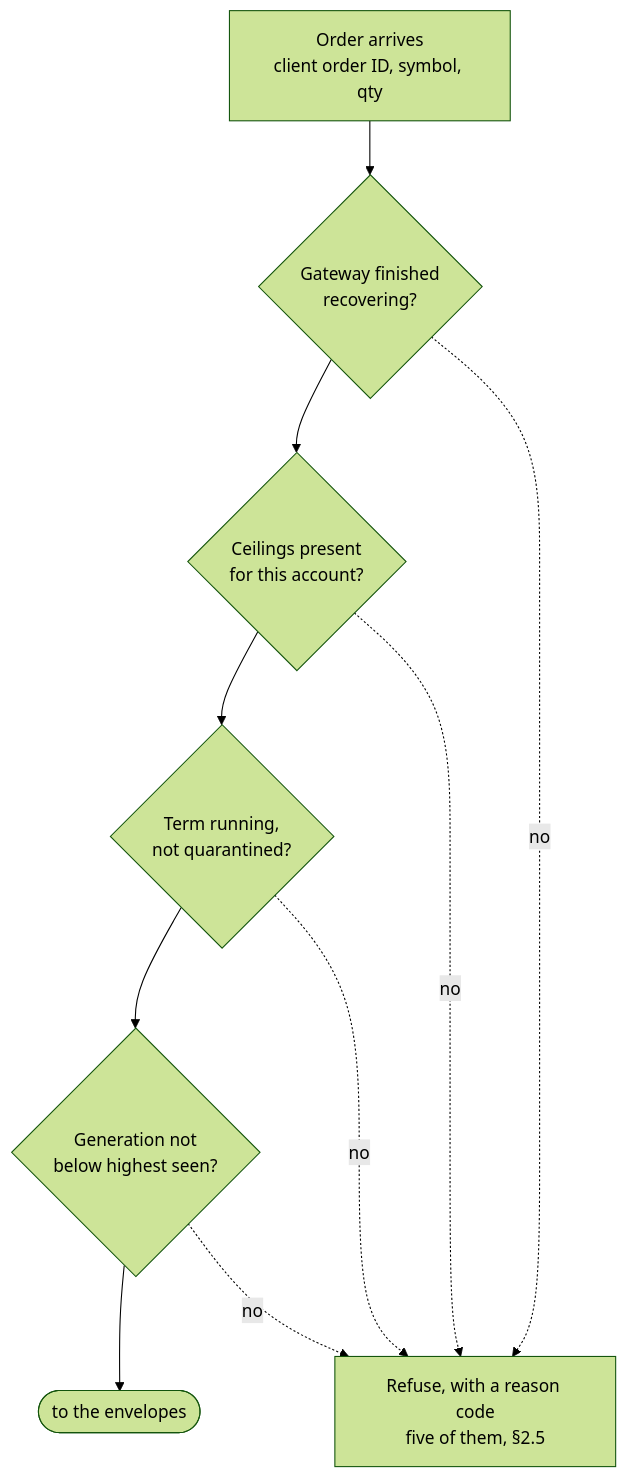
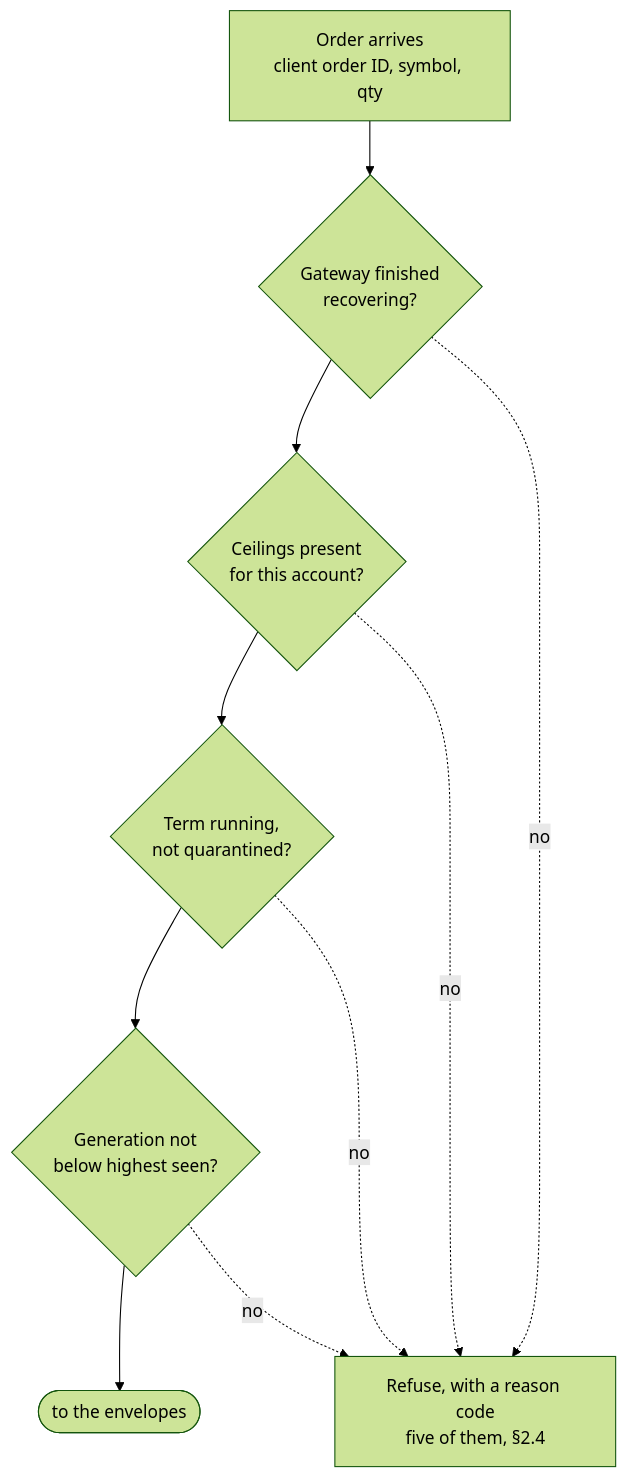
Before and after one commit to liukefan821/marginstream: the second of 6 diagrams in paper/diagrams.md, drawn with Mermaid (forest theme). The commit also changed other lines of this file and 33 other files, not shown here.

````diff
--- a/paper/diagrams.md
+++ b/paper/diagrams.md
@@ -83,12 +83,12 @@
 ```mermaid
 flowchart TD
   O[Order arrives<br/>client order ID, symbol, qty] --> F0{Gateway finished<br/>recovering?}
   F0 --> F1{Ceilings present<br/>for this account?}
   F1 --> F2{Term running,<br/>not quarantined?}
   F2 --> F3{Generation not<br/>below highest seen?}
   F3 --> E([to the envelopes])
   F0 -. no .-> RA
   F1 -. no .-> RA
   F2 -. no .-> RA
-  F3 -. no .-> RA[Refuse, with a reason code<br/>five of them, §2.5]
+  F3 -. no .-> RA[Refuse, with a reason code<br/>five of them, §2.4]
 ```
````
